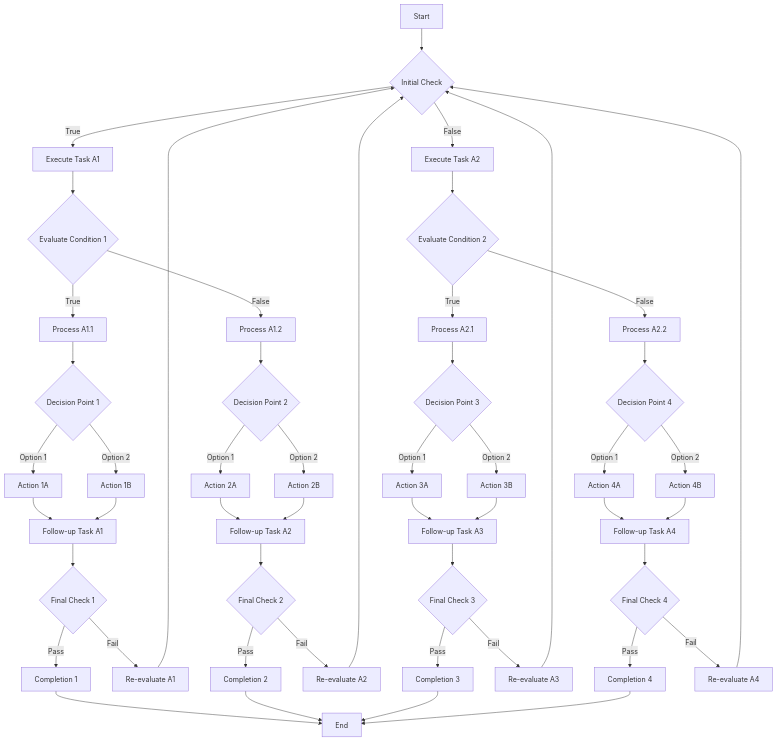
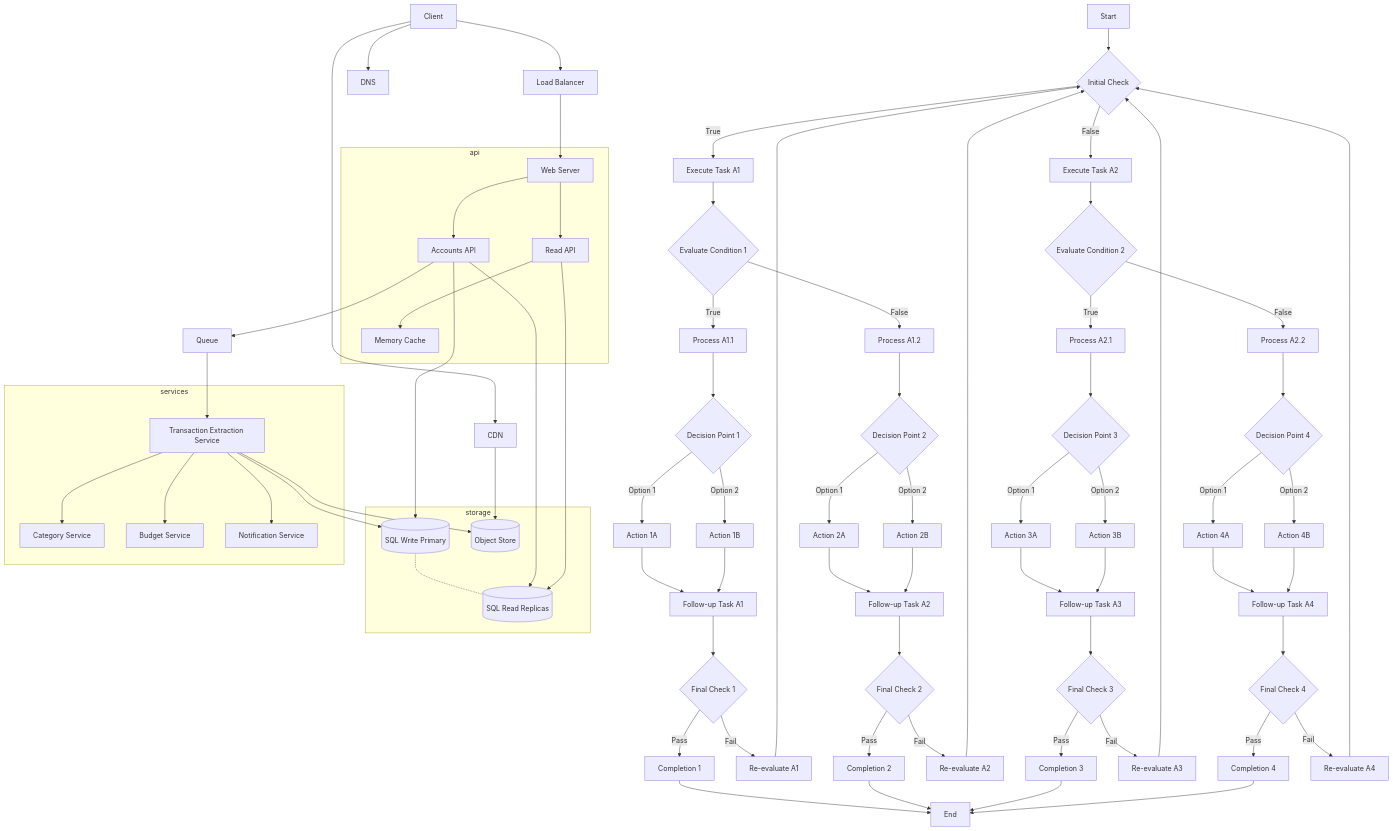
The first of 2 diagrams in docs/Mermaid/bigmermaid.md (PLAYG0N/mkdocs-test), drawn with Mermaid before and after one commit. The commit also changed other lines of this file, not shown here.

Commit message:
more diagrams

````diff
--- a/docs/Mermaid/bigmermaid.md
+++ b/docs/Mermaid/bigmermaid.md
@@ -60,4 +60,29 @@
     AJ --> B;
     AK --> AM;
     AL --> B;
+
+    Client --> DNS & CDN & lb[Load Balancer]
+    lb --> web[Web Server]
+    subgraph api
+    web --> accounts[Accounts API] & read[Read API]
+    memoryCache[Memory Cache]
+    end
+
+    accounts --> queue[Queue] --> tes
+
+
+    subgraph storage
+    dbPrimary[(SQL Write Primary)] -.- dbReplica[(SQL Read Replicas)]
+    objectStore[(Object Store)]
+    end
+
+    subgraph services
+    tes[Transaction Extraction Service] --> category[Category Service] & budget[Budget Service] & notif[Notification Service]
+    end
+
+    tes --> objectStore
+    CDN --> objectStore
+    tes --> dbPrimary
+    accounts --> dbPrimary & dbReplica
+    read --> dbReplica & memoryCache[Memory Cache]
 ```
````
